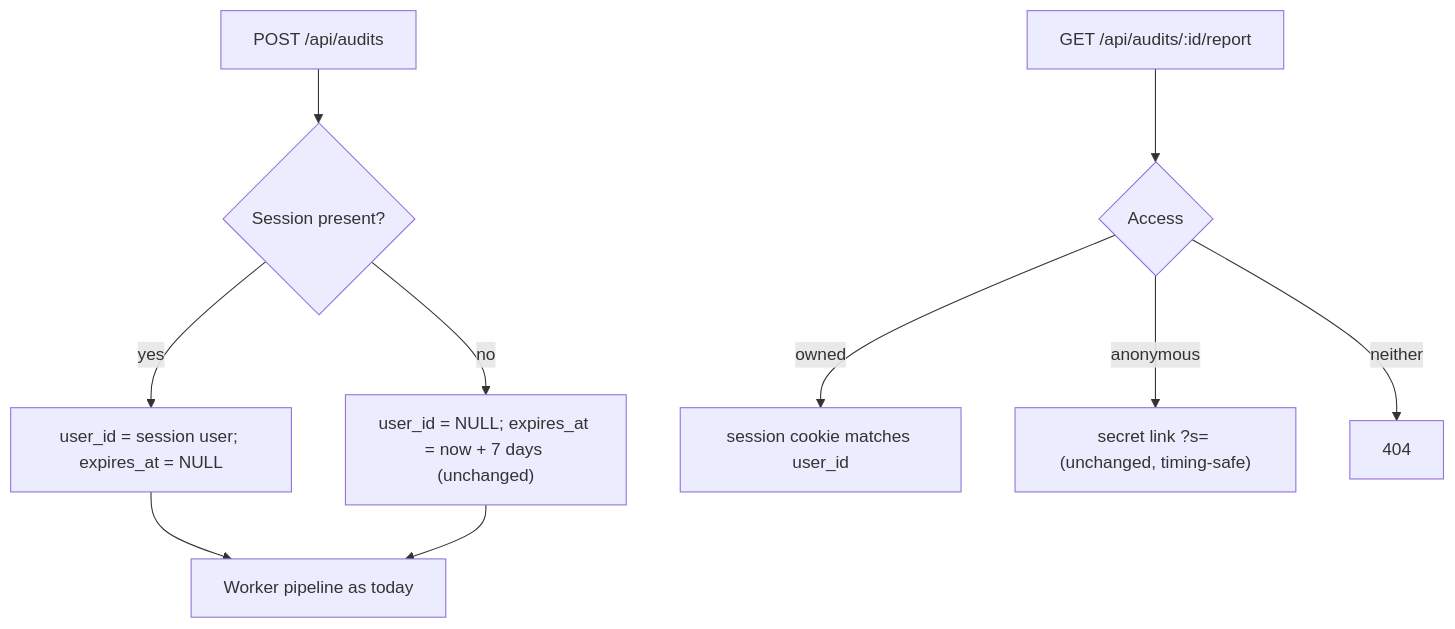
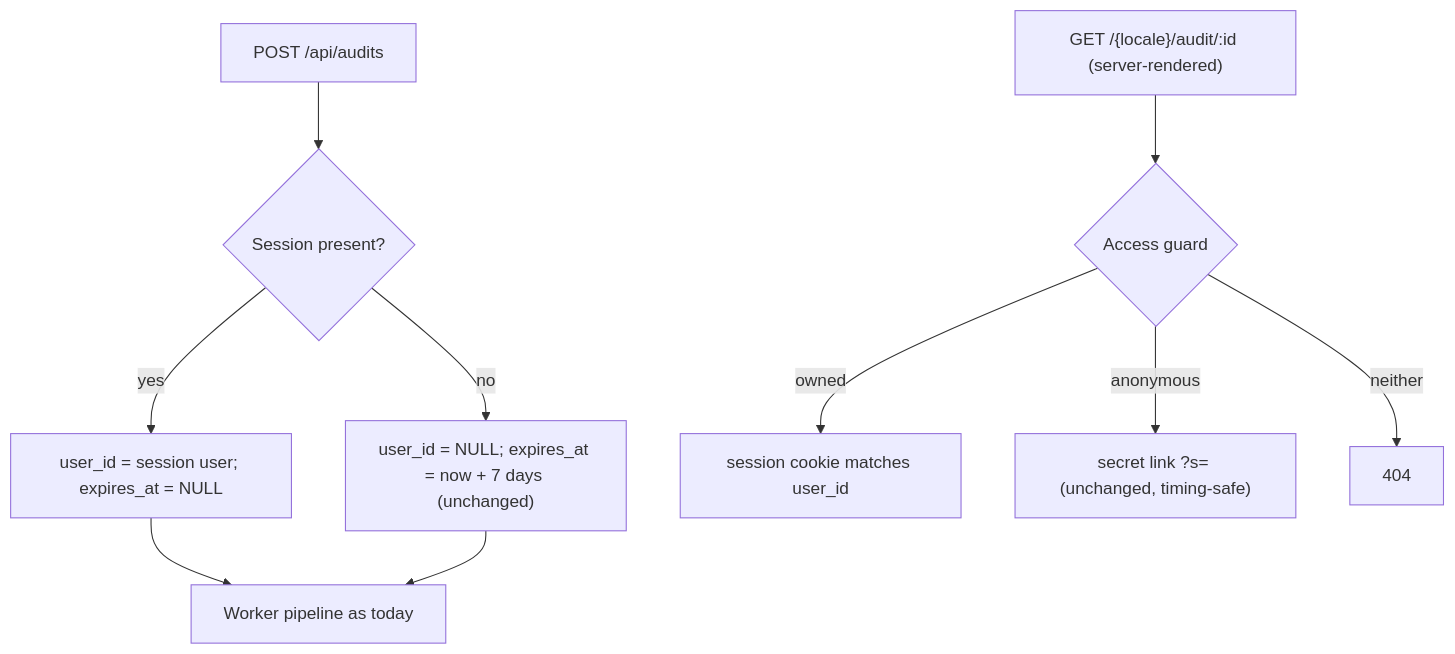
Before and after one commit to al-ai-hq/Web-Inteligence: the third of 5 diagrams in docs/superpowers/specs/2026-10-13-user-accounts-score-tracking-design.md, drawn with Mermaid. The commit also changed other lines of this file, not shown here.

Commit message:
docs: fix report-access route and add exact file paths in accounts spec

````diff
--- a/docs/superpowers/specs/2026-10-13-user-accounts-score-tracking-design.md
+++ b/docs/superpowers/specs/2026-10-13-user-accounts-score-tracking-design.md
@@ -136,12 +136,12 @@
 ```mermaid
 flowchart TD
   PA["POST /api/audits"] --> S{Session present?}
   S -->|yes| OW["user_id = session user; expires_at = NULL"]
   S -->|no| ANON["user_id = NULL; expires_at = now + 7 days (unchanged)"]
   OW --> W["Worker pipeline as today"]
   ANON --> W
-  GA["GET /api/audits/:id/report"] --> G{Access}
+  GA["GET /{locale}/audit/:id (server-rendered)"] --> G{Access guard}
   G -->|owned| OK["session cookie matches user_id"]
   G -->|anonymous| SEC["secret link ?s= (unchanged, timing-safe)"]
   G -->|neither| DENY["404"]
 ```
````
